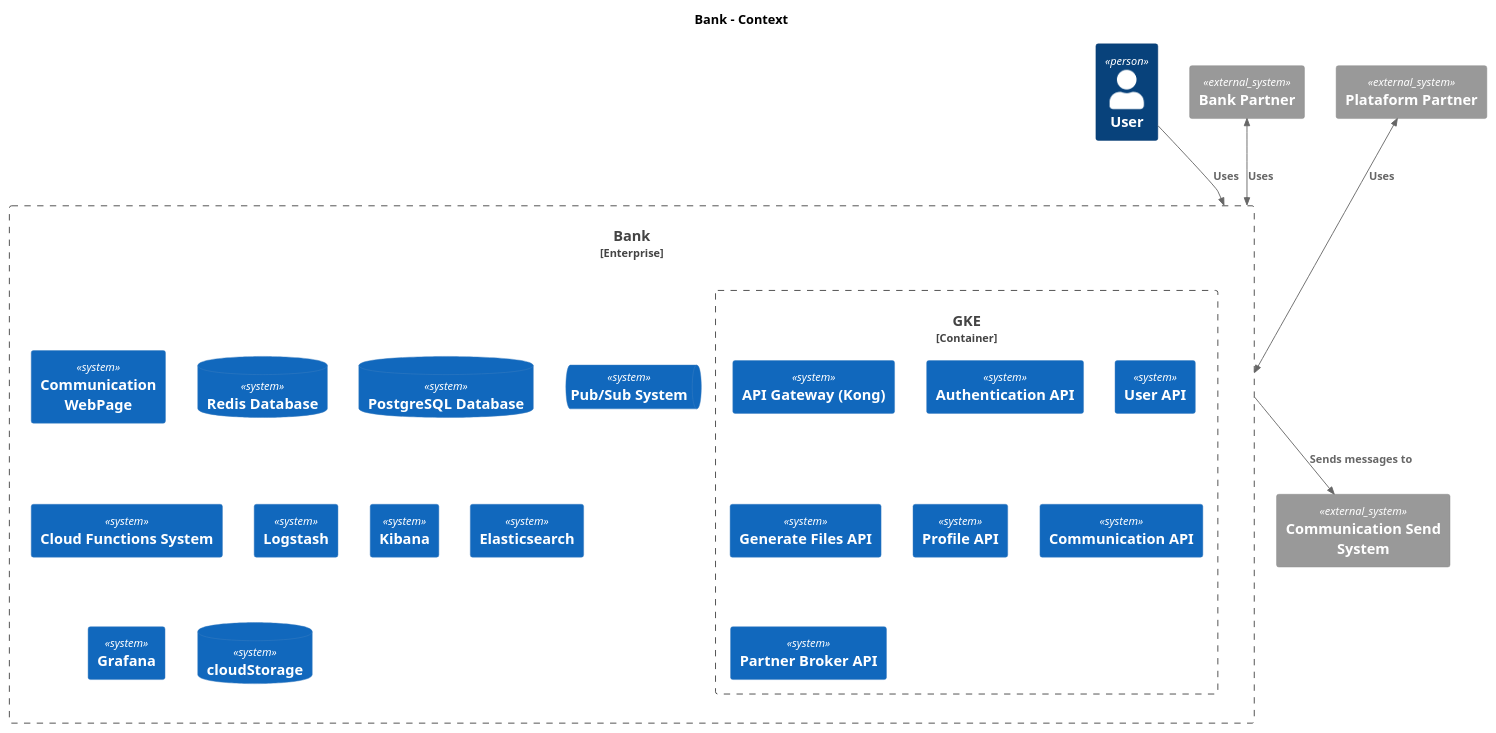
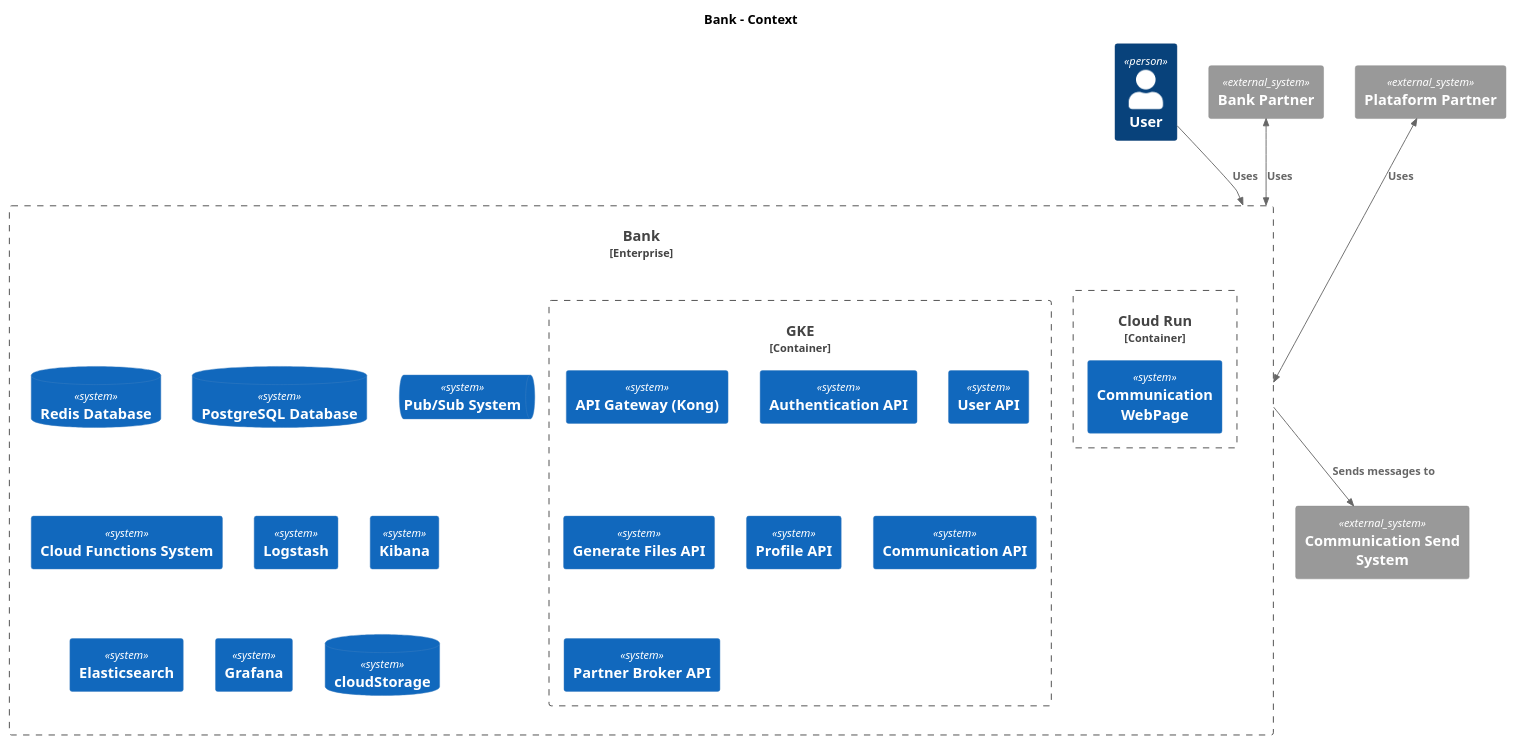
The diagram in Context.puml (diogo1z/Bank-Architecture), drawn with PlantUML before and after one commit. The commit also changed 4 other files, not shown here.

Commit message:
add software development methodology add architecture picture

```diff
--- a/Context.puml
+++ b/Context.puml
@@ -1,41 +1,43 @@
 @startuml
 
 !includeurl https://raw.githubusercontent.com/plantuml-stdlib/C4-PlantUML/v2.3.0/C4_Context.puml
 !include https://raw.githubusercontent.com/plantuml-stdlib/C4-PlantUML/master/C4_Container.puml
 
 title Bank - Context
 
 Enterprise_Boundary(company, "Bank") {
-    System(messagingWebPage, "Communication WebPage")
+    Container_Boundary(cloudRun, "Cloud Run"){
+        System(messagingWebPage, "Communication WebPage")
+    }
     SystemDb(redis, "Redis Database")
     SystemDb(postgres, "PostgreSQL Database")
     Container_Boundary(gke, "GKE"){
         System(apiGateway, "API Gateway (Kong)")
         System(authApi, "Authentication API")
         System(userApi, "User API")
         System(generateFilesAPI, "Generate Files API")
         System(profileApi, "Profile API")
         System(messagingApi, "Communication API")
         System(partnerBrokerApi, "Partner Broker API")
     }
     SystemQueue(queue, "Pub/Sub System")
     System(CloudFunctions, "Cloud Functions System")
     System(logstash, "Logstash")
     System(kibana, "Kibana")
     System(elasticsearch, "Elasticsearch")
     System(grafana, "Grafana")
     SystemDb(cloudStorage, "cloudStorage")
 }
 
 Person(user, "User")
 System_Ext(bankPartner, "Bank Partner")
 System_Ext(plataformPartner, "Plataform Partner")
 System_Ext(extCommunication, "Communication Send System")
 
 Rel(user, company, "Uses")
 BiRel(bankPartner, company, "Uses")
 BiRel(plataformPartner, company, "Uses")
 Rel(company, extCommunication, "Sends messages to")
 
 
 @enduml
```
